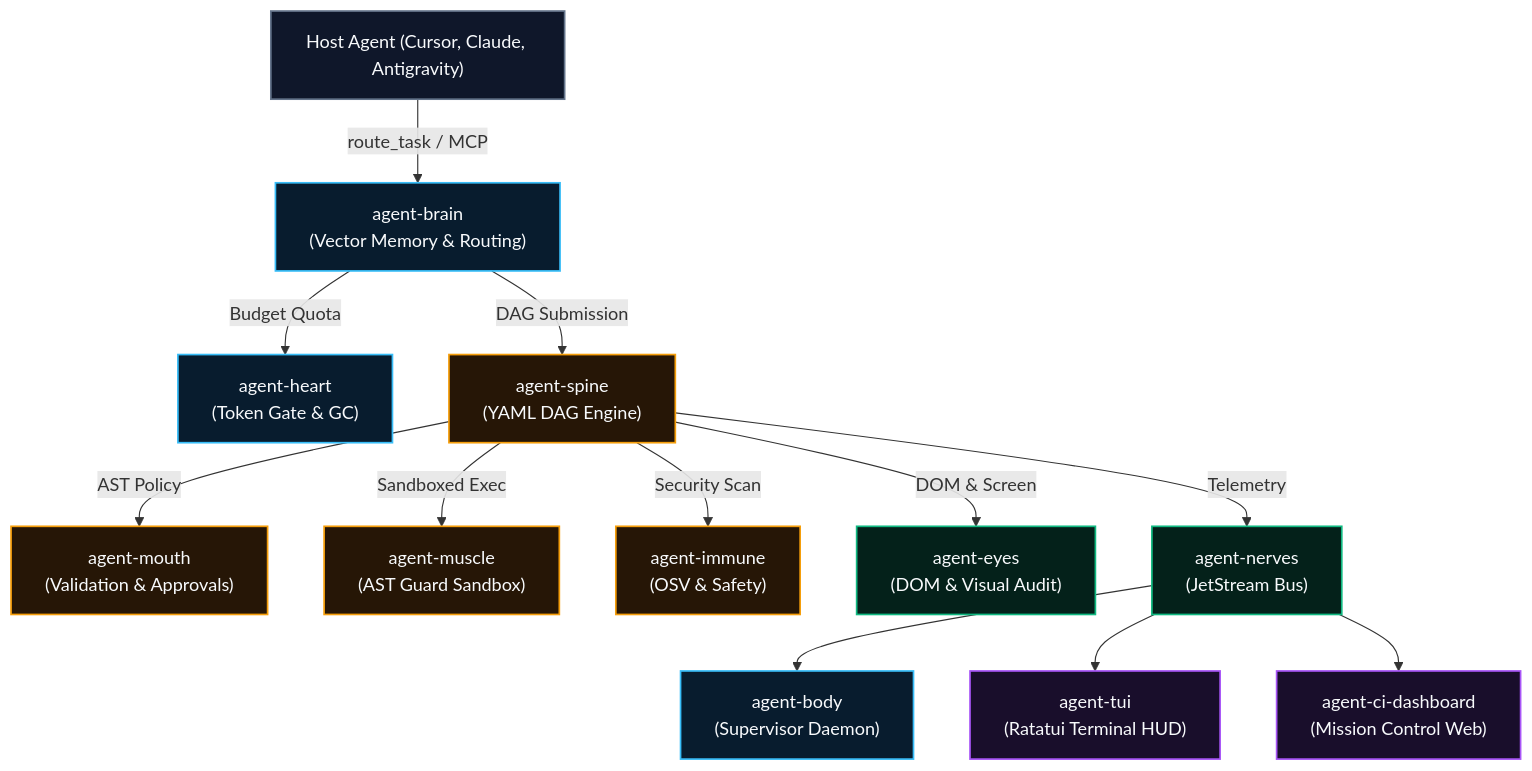
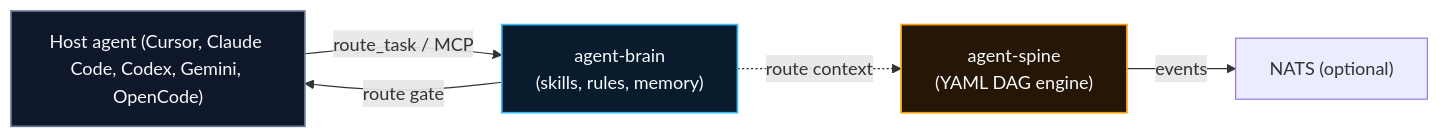
One commit to autonomic-ai-dev/website changed the diagram in src/routes/docs/architecture/+page.md. Above: the diagram before and after it, drawn with Mermaid. The commit also changed other lines of this file and 35 other files, not shown here.

First line of the commit message:
docs: scope website to agent-brain and agent-spine (#21)

````diff
--- a/src/routes/docs/architecture/+page.md
+++ b/src/routes/docs/architecture/+page.md
@@ -9,26 +9,14 @@
 ```mermaid
-flowchart TD
-    User["Host Agent (Cursor, Claude, Antigravity)"] -->|route_task / MCP| Brain["agent-brain\n(Vector Memory & Routing)"]
-    Brain -->|Budget Quota| Heart["agent-heart\n(Token Gate & GC)"]
-    Brain -->|DAG Submission| Spine["agent-spine\n(YAML DAG Engine)"]
-    Spine -->|AST Policy| Mouth["agent-mouth\n(Validation & Approvals)"]
-    Spine -->|Sandboxed Exec| Muscle["agent-muscle\n(AST Guard Sandbox)"]
-    Spine -->|Security Scan| Immune["agent-immune\n(OSV & Safety)"]
-    Spine -->|DOM & Screen| Eyes["agent-eyes\n(DOM & Visual Audit)"]
-    Spine -->|Telemetry| Nerves["agent-nerves\n(JetStream Bus)"]
-    Nerves --> Body["agent-body\n(Supervisor Daemon)"]
-    Nerves --> TUI["agent-tui\n(Ratatui Terminal HUD)"]
-    Nerves --> CIDash["agent-ci-dashboard\n(Mission Control Web)"]
+flowchart LR
+    Host["Host agent (Cursor, Claude Code, Codex, Gemini, OpenCode)"] -->|route_task / MCP| Brain["agent-brain\n(skills, rules, memory)"]
+    Brain -->|route gate| Host
+    Spine["agent-spine\n(YAML DAG engine)"] -->|events| Nats["NATS (optional)"]
+    Brain -.->|route context| Spine
 
     classDef host fill:#0f172a,stroke:#64748b,stroke-width:1.5px,color:#f8fafc;
     classDef core fill:#081c2e,stroke:#38bdf8,stroke-width:1.5px,color:#f8fafc;
-    classDef execution fill:#261606,stroke:#f59e0b,stroke-width:1.5px,color:#f8fafc;
-    classDef sensory fill:#04211a,stroke:#10b981,stroke-width:1.5px,color:#f8fafc;
-    classDef interface fill:#190e2b,stroke:#a855f7,stroke-width:1.5px,color:#f8fafc;
-
-    class User host;
-    class Brain,Heart,Body core;
-    class Spine,Muscle,Mouth,Immune execution;
-    class Nerves,Eyes sensory;
-    class TUI,CIDash interface;
+    classDef exec fill:#261606,stroke:#f59e0b,stroke-width:1.5px,color:#f8fafc;
+    class Host host;
+    class Brain core;
+    class Spine exec;
 ```
````
